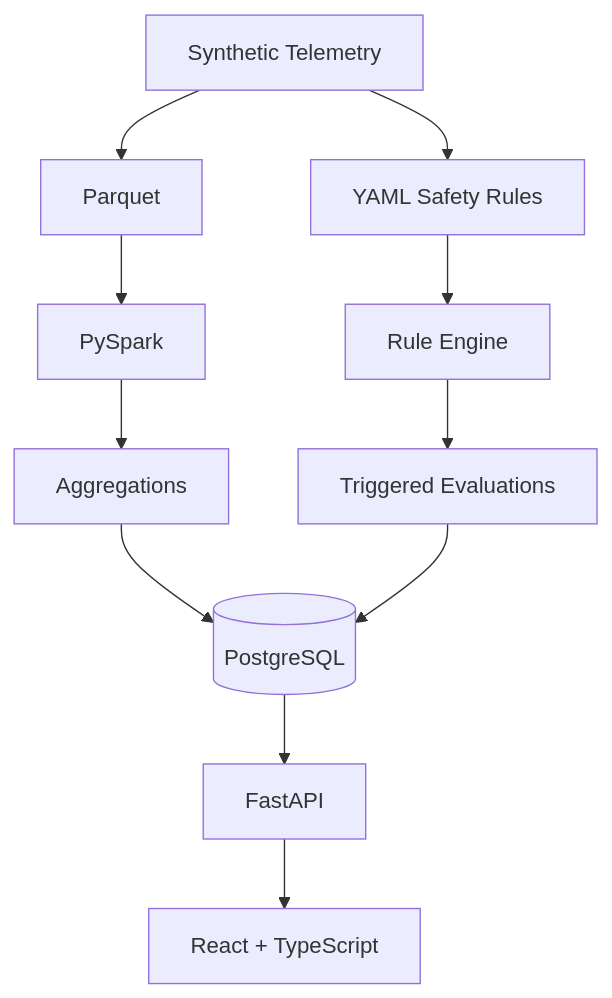
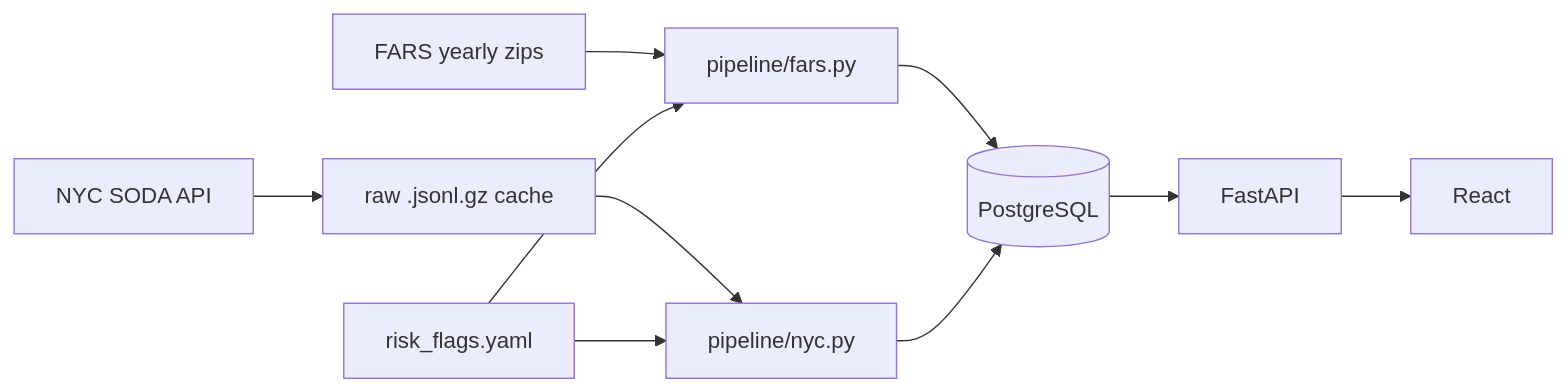
One commit to abi1010-git/DriveAnalytics changed the diagram in README.md. Above: the diagram before and after it, drawn with Mermaid. The commit also changed other lines of this file and 47 other files, not shown here.

First line of the commit message:
Rebuild on real crash data: FARS and NYC loaders into PostgreSQL

````diff
--- a/README.md
+++ b/README.md
@@ -25,13 +32,7 @@
 ```mermaid
-flowchart TD
-    A[Synthetic Telemetry] --> B[Parquet]
-    B --> C[PySpark]
-    C --> D[Aggregations]
-    A --> E[YAML Safety Rules]
-    E --> F[Rule Engine]
-    F --> G[Triggered Evaluations]
-    D --> H[(PostgreSQL)]
-    G --> H
-    H --> I[FastAPI]
-    I --> J[React + TypeScript]
+flowchart LR
+    A[FARS yearly zips] --> L[pipeline/fars.py]
+    B[NYC SODA API] --> R[raw .jsonl.gz cache] --> N[pipeline/nyc.py]
+    Y[risk_flags.yaml] --> L & N
+    L & N --> P[(PostgreSQL)] --> F[FastAPI] --> W[React]
 ```
````
